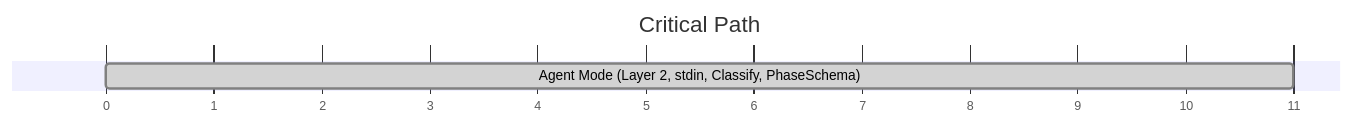
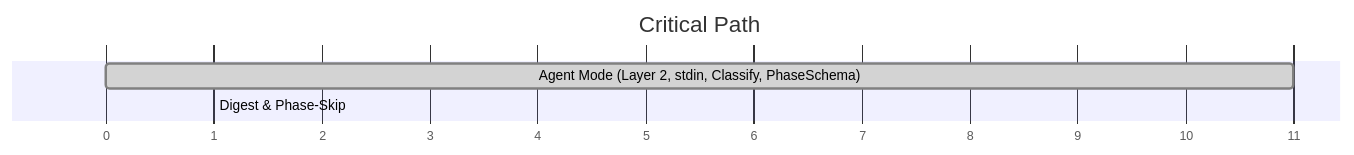
The second of 2 diagrams in specs/000-build-plan.md (gforge-esc/gwrk), drawn with Mermaid before and after one commit. The commit also changed other lines of this file and 12 other files, not shown here.

````diff
--- a/specs/000-build-plan.md
+++ b/specs/000-build-plan.md
@@ -79,8 +59,9 @@
 ```mermaid
 gantt
     title Critical Path
     dateFormat X
     axisFormat %s
 
     Agent Mode (Layer 2, stdin, Classify, PhaseSchema) :done, 013_agent_native_interface_phase_03, 0, 11
+    Digest & Phase-Skip       :done, 004_ship_loop_phase_01, after 013_agent_native_interface_phase_03, 1
 ```
````
